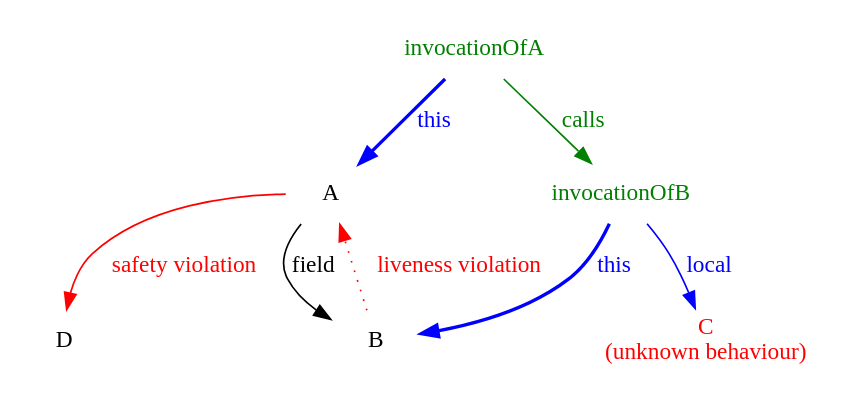
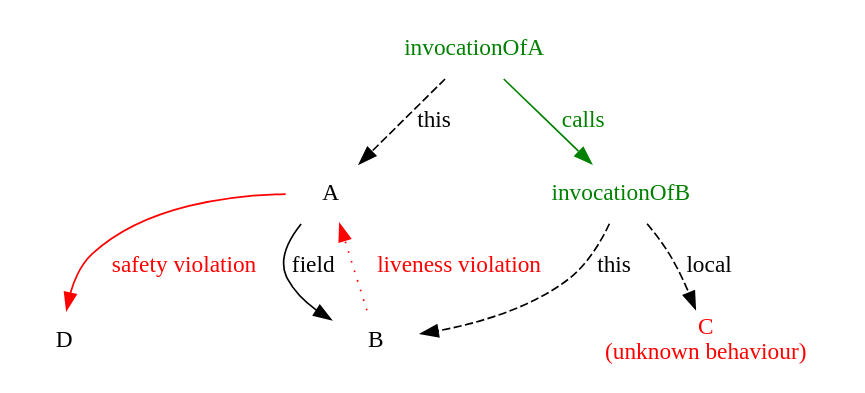
One commit to it-innovation/sam changed the diagram in doc/graphing.rst. Above: the diagram before and after it, drawn with Graphviz. The commit also changed 5 other files, not shown here.

Commit message:
New graph notation

```diff
--- a/doc/graphing.rst
+++ b/doc/graphing.rst
@@ -35,15 +35,16 @@
 .. graphviz::
+
    digraph notation {
      node [shape=plaintext];
      A -> B [label="field"];
      C [label="C\n(unknown behaviour)",fontcolor=red];
 
      A -> D [color=red,fontcolor=red,label="safety violation"];
      B -> A [color=red,fontcolor=red,style=dotted,label="liveness violation"];
 
      node [color=green,fontcolor=green];
      invocationOfA -> invocationOfB [label="calls",fontcolor=green,color=green];
-     invocationOfA -> A [color=blue,style=bold,label="this",fontcolor=blue];
-     invocationOfB -> B [color=blue,style=bold,label="this",fontcolor=blue];
-     invocationOfB -> C [color=blue,label="local",fontcolor=blue];
+     invocationOfA -> A [style=bold,label="this",style=dashed];
+     invocationOfB -> B [style=bold,label="this",style=dashed];
+     invocationOfB -> C [label="local",style=dashed];
    }
```
